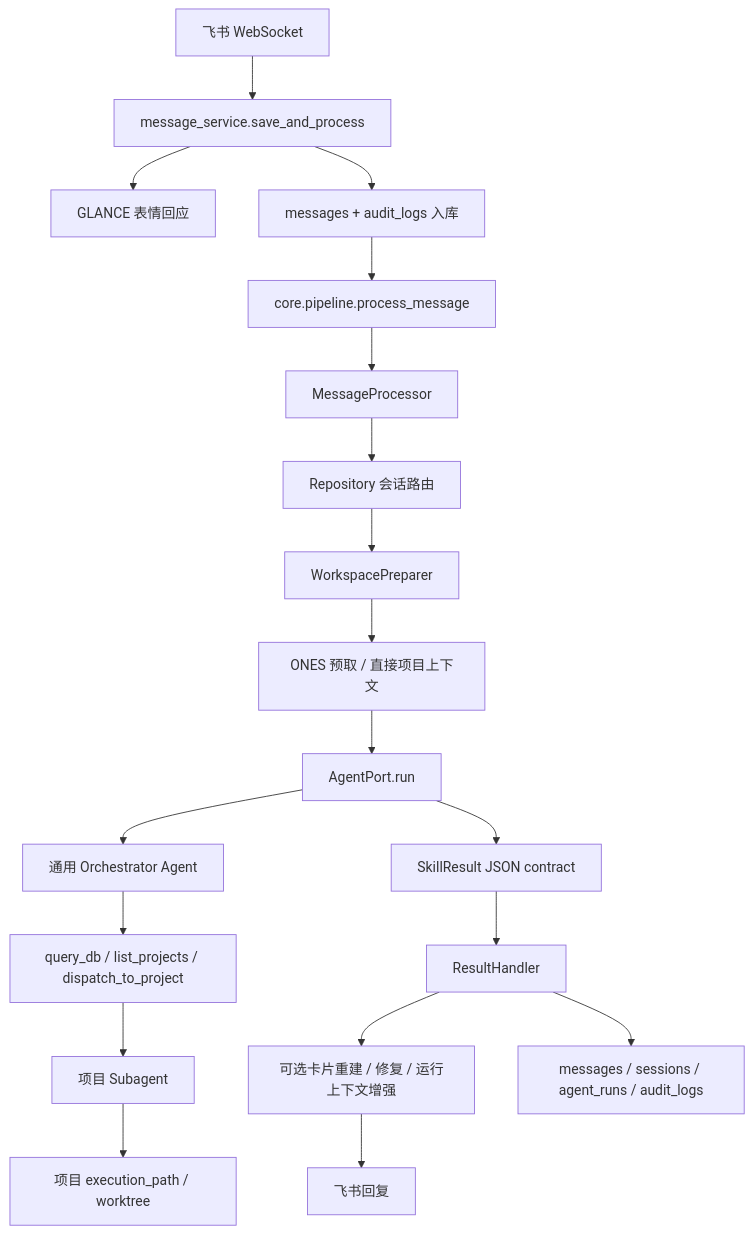
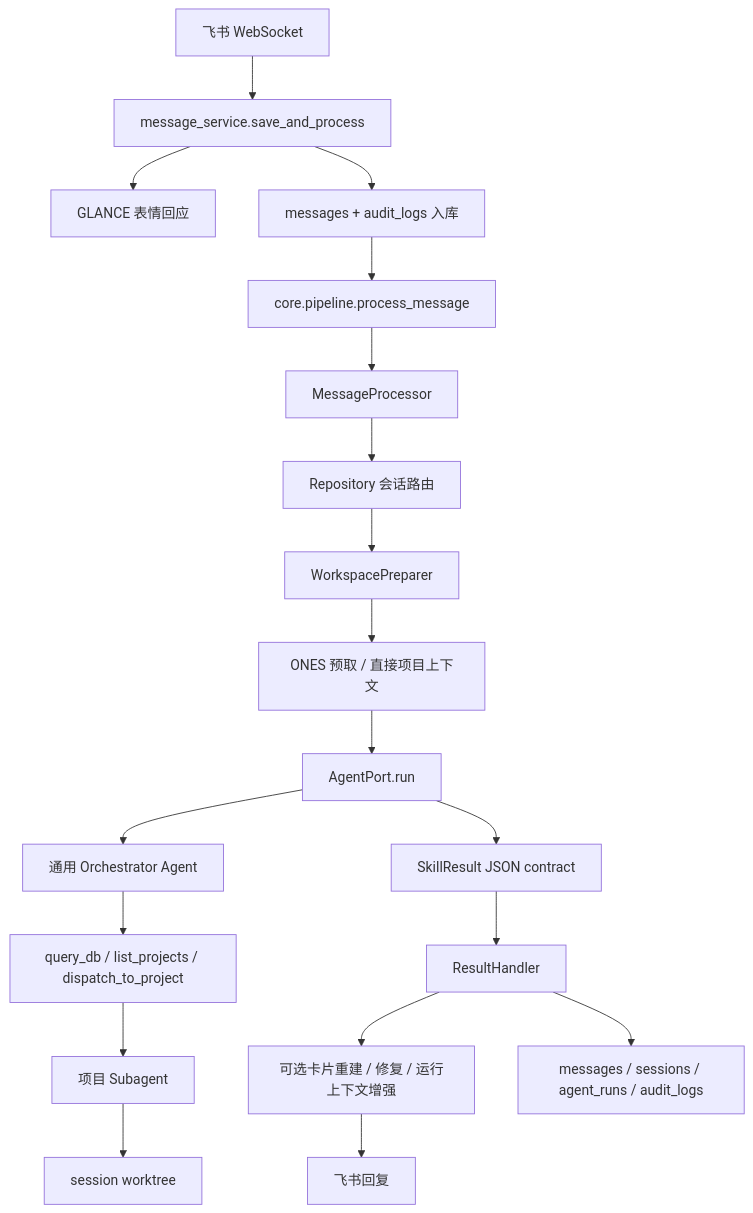
Before and after one commit to weifuchow/work-agent-os: the diagram in README.md, drawn with Mermaid. The commit also changed other lines of this file and 28 other files, not shown here.

Commit message:
feat: support multi-project session workspaces and richer cards

````diff
--- a/README.md
+++ b/README.md
@@ -12,24 +12,24 @@
 ```mermaid
 flowchart TB
     Feishu["飞书 WebSocket"] --> MessageService["message_service.save_and_process"]
     MessageService --> Ack["GLANCE 表情回应"]
     MessageService --> Store["messages + audit_logs 入库"]
     Store --> Pipeline["core.pipeline.process_message"]
 
     Pipeline --> Processor["MessageProcessor"]
     Processor --> Session["Repository 会话路由"]
     Session --> Workspace["WorkspacePreparer"]
     Workspace --> Prefetch["ONES 预取 / 直接项目上下文"]
     Prefetch --> Agent["AgentPort.run"]
 
     Agent --> Orchestrator["通用 Orchestrator Agent"]
     Orchestrator --> Tools["query_db / list_projects / dispatch_to_project"]
     Tools --> ProjectAgent["项目 Subagent"]
-    ProjectAgent --> Worktree["项目 execution_path / worktree"]
+    ProjectAgent --> Worktree["session worktree"]
 
     Agent --> Contract["SkillResult JSON contract"]
     Contract --> ResultHandler["ResultHandler"]
     ResultHandler --> Card["可选卡片重建 / 修复 / 运行上下文增强"]
     Card --> FeishuReply["飞书回复"]
     ResultHandler --> DB["messages / sessions / agent_runs / audit_logs"]
 ```
````
